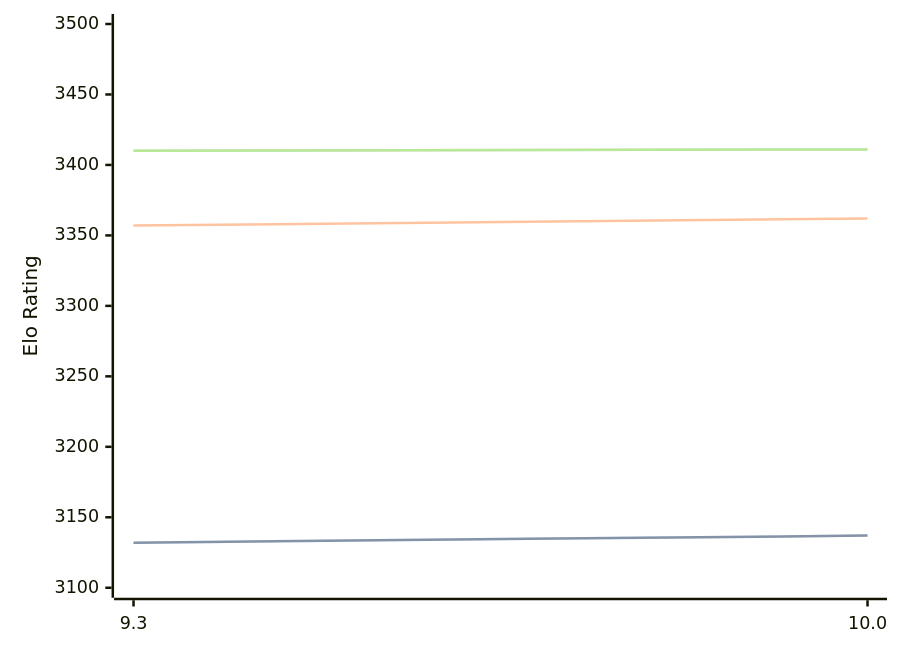
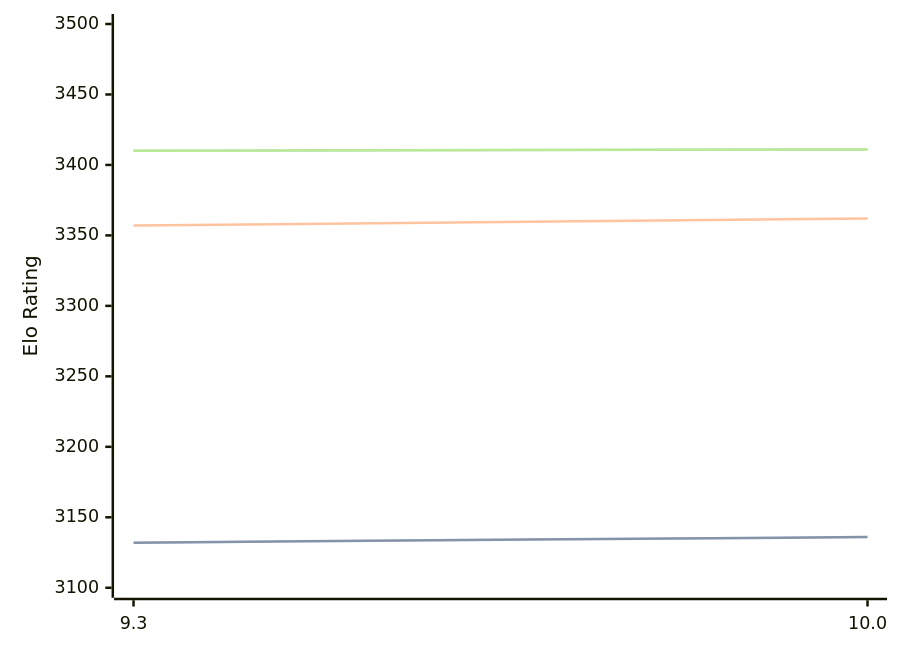
Before and after one commit to computer-chess-index/cci: the third of 3 diagrams in engines/Fire.md, drawn with Mermaid. The commit also changed other lines of this file, not shown here.

````diff
--- a/engines/Fire.md
+++ b/engines/Fire.md
@@ -80,11 +80,11 @@
 ```mermaid
 %%{init: {"theme":"base","themeVariables":{"seriesColors:['#a3a3a3','#222221','#faa371']}}}%%
 xychart-beta
   x-axis ["9.3", "10.0"]
   y-axis "Elo Rating" 3100 --> 3500
-  line "STC (8.0+0.08s)" [3132, 3137]
-  line "STC (8.0+0.08s)" [3132, 3137]
+  line "STC (8.0+0.08s)" [3132, 3136]
+  line "STC (8.0+0.08s)" [3132, 3136]
   line "LTC (60.0+0.60s)" [3357, 3362]
   line "VLTC (2m24s+1.12s)" [3410, 3411]
   line "VLTC (2m24s+1.12s)" [3410, 3411]
 ```
````
